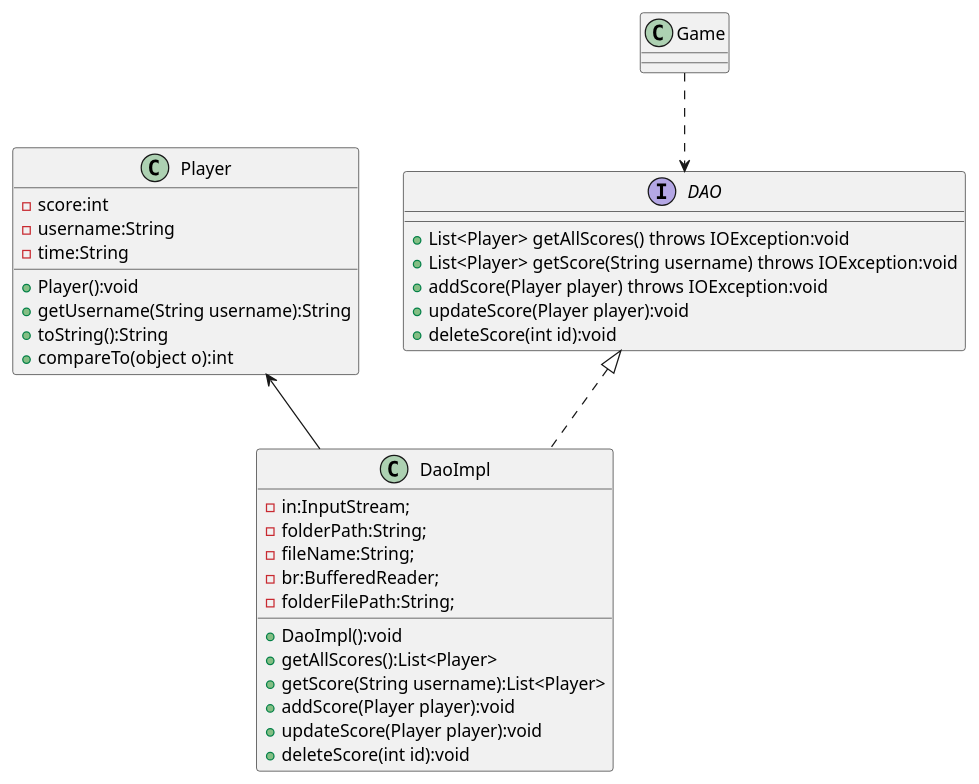
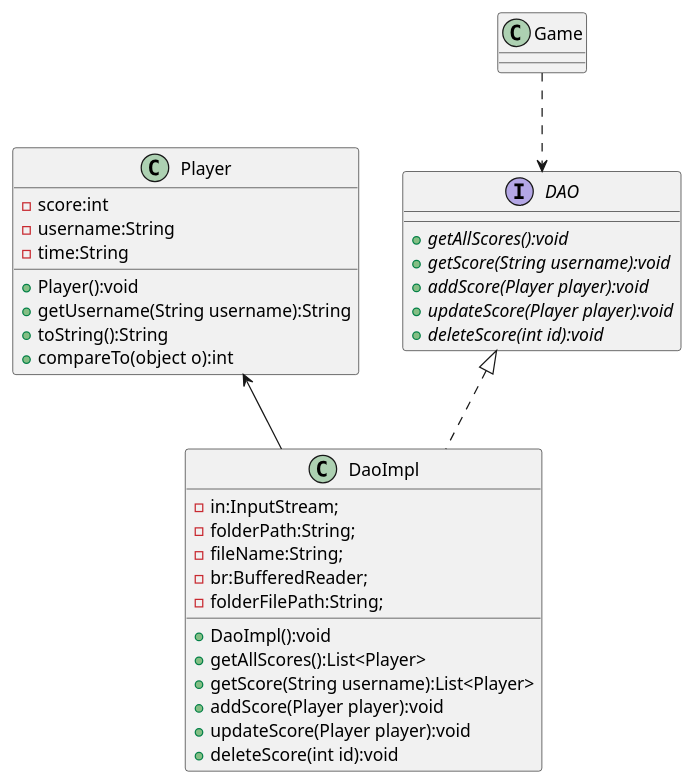
The diagram in uml/DAO.puml (hazuki-nana/COMP2027), drawn with PlantUML before and after one commit. The commit also changed 10 other files, not shown here.

```diff
--- a/uml/DAO.puml
+++ b/uml/DAO.puml
@@ -1,39 +1,39 @@
 @startuml
 'https://plantuml.com/sequence-diagram
 
 interface DAO {
-    +List<Player> getAllScores() throws IOException:void
-    +List<Player> getScore(String username) throws IOException:void
-    +addScore(Player player) throws IOException:void
-    +updateScore(Player player):void
-    +deleteScore(int id):void
+    +{abstract}getAllScores():void
+    +{abstract}getScore(String username):void
+    +{abstract}addScore(Player player):void
+    +{abstract}updateScore(Player player):void
+    +{abstract}deleteScore(int id):void
 }
 
 class DaoImpl{
     -in:InputStream;
     -folderPath:String;
     -fileName:String;
     -br:BufferedReader;
     -folderFilePath:String;
     +DaoImpl():void
     +getAllScores():List<Player>
     +getScore(String username):List<Player>
     +addScore(Player player):void
     +updateScore(Player player):void
     +deleteScore(int id):void
 }
 DAO <|.. DaoImpl
 
 class Player{
     -score:int
     -username:String
     -time:String
     +Player():void
     +getUsername(String username):String
     +toString():String
     +compareTo(object o):int
 }
 Player <-- DaoImpl
 
 Game ..> DAO
 @enduml
```
